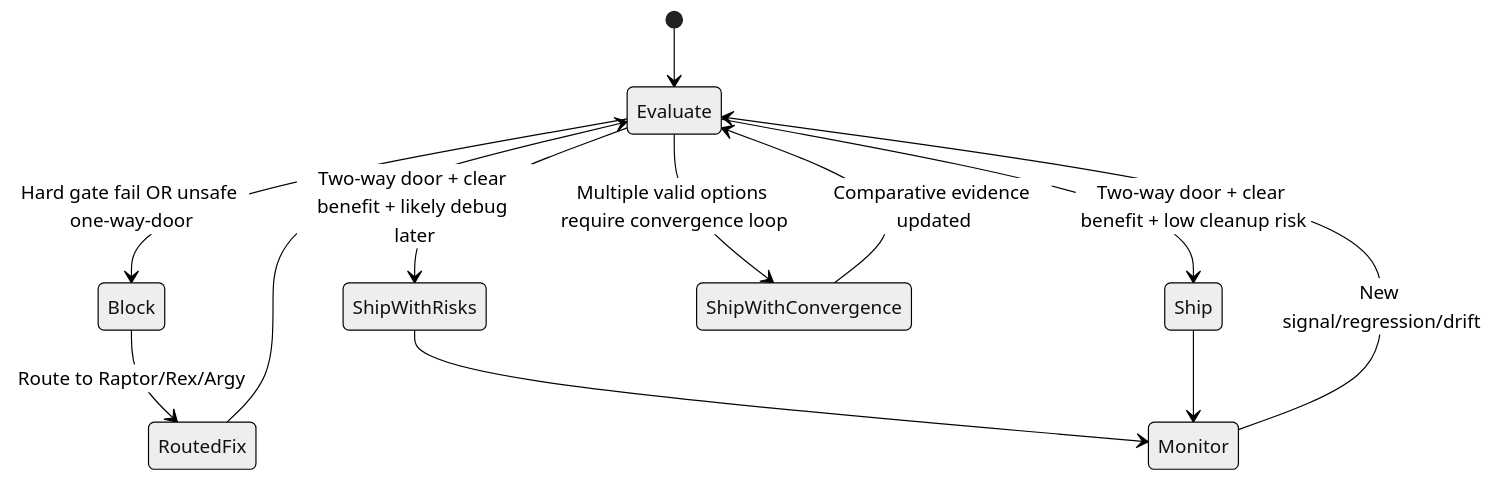
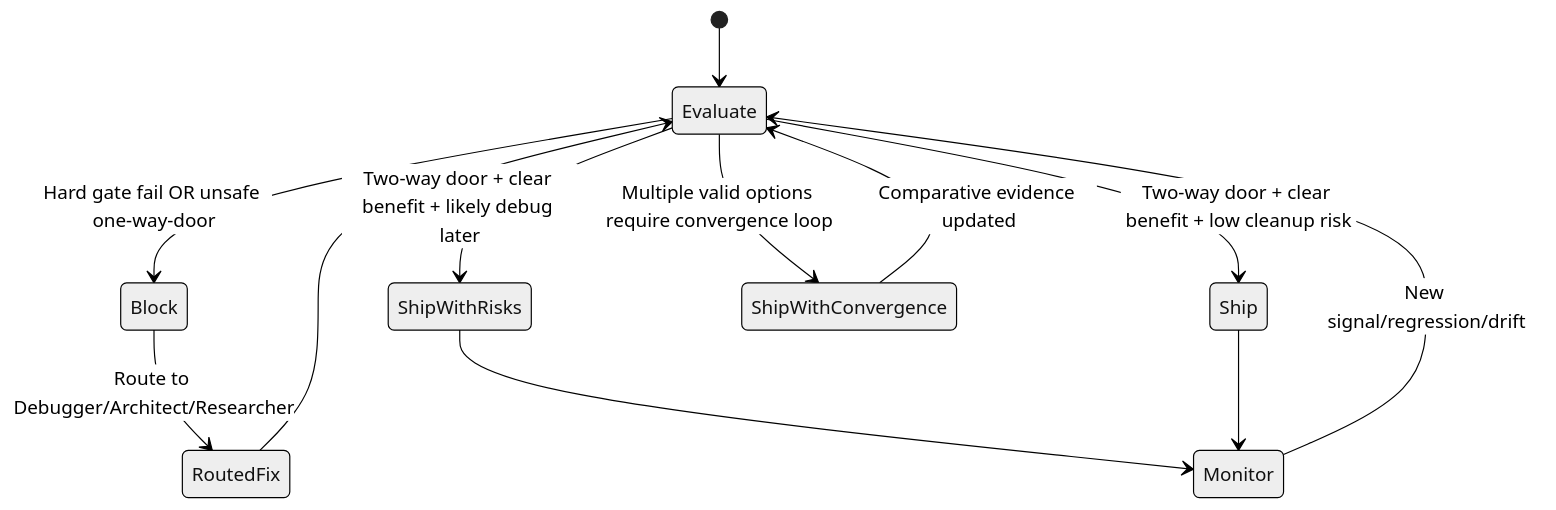
One commit to pretendhome/palette changed the third of 3 diagrams in docs/architecture/PIS_E2E_SYSTEM_GRAPH_2026-03-02.md. Above: the diagram before and after it, drawn with Mermaid (neutral theme). The commit also changed other lines of this file and 96 other files, not shown here.

````diff
--- a/docs/architecture/PIS_E2E_SYSTEM_GRAPH_2026-03-02.md
+++ b/docs/architecture/PIS_E2E_SYSTEM_GRAPH_2026-03-02.md
@@ -96,16 +96,16 @@
 ```mermaid
 stateDiagram-v2
   [*] --> Evaluate
   Evaluate --> Block: Hard gate fail OR unsafe one-way-door
   Evaluate --> Ship: Two-way door + clear benefit + low cleanup risk
   Evaluate --> ShipWithRisks: Two-way door + clear benefit + likely debug later
   Evaluate --> ShipWithConvergence: Multiple valid options require convergence loop
 
-  Block --> RoutedFix: Route to Raptor/Rex/Argy
+  Block --> RoutedFix: Route to Debugger/Architect/Researcher
   RoutedFix --> Evaluate
 
   ShipWithConvergence --> Evaluate: Comparative evidence updated
   ShipWithRisks --> Monitor
   Ship --> Monitor
   Monitor --> Evaluate: New signal/regression/drift
 ```
````
